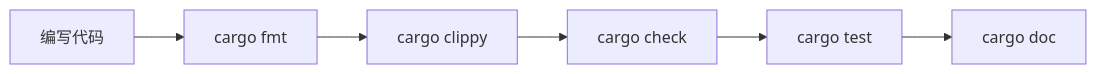
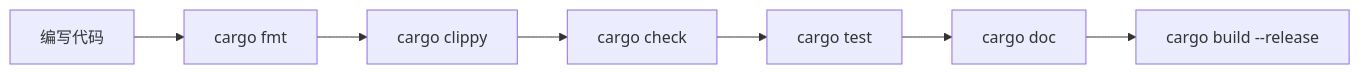
One commit to martin-ly/rust-lang changed the first of 2 diagrams in concept/01_foundation/10_testing_basics/42_useful_development_tools.md. Above: the diagram before and after it, drawn with Mermaid. The commit also changed other lines of this file and 35 other files, not shown here.

````diff
--- a/concept/01_foundation/10_testing_basics/42_useful_development_tools.md
+++ b/concept/01_foundation/10_testing_basics/42_useful_development_tools.md
@@ -65,8 +81,9 @@
 ```mermaid
 graph LR
     A[编写代码] --> B[cargo fmt]
     B --> C[cargo clippy]
     C --> D[cargo check]
     D --> E[cargo test]
     E --> F[cargo doc]
+    F --> G[cargo build --release]
 ```
````
